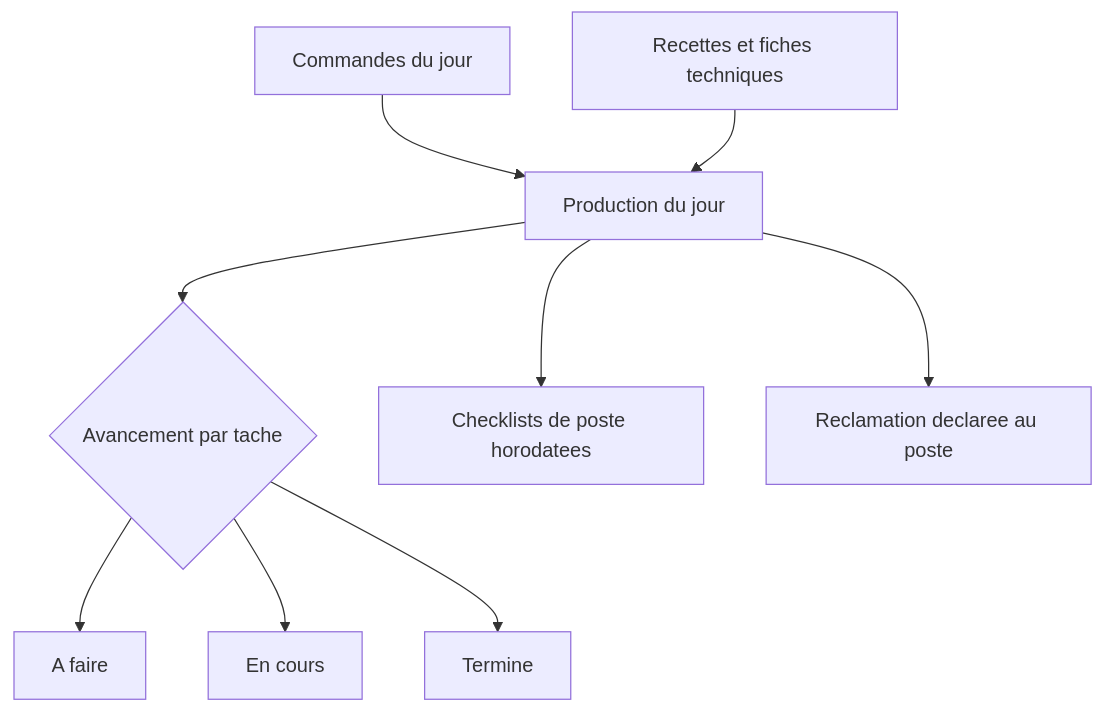
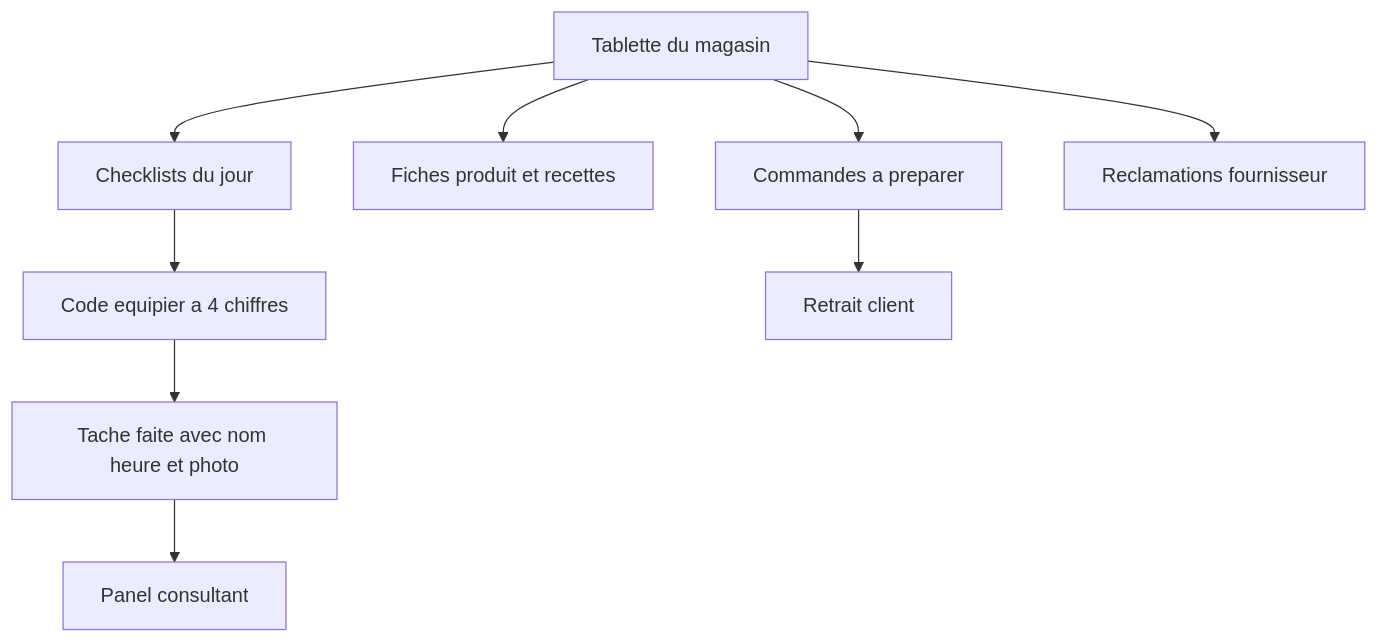
One commit to samsam2703MFC/landing_tfb changed the sixth of 14 diagrams in docs/contenu-reel.md. Above: the diagram before and after it, drawn with Mermaid. The commit also changed other lines of this file and 4 other files, not shown here.

First line of the commit message:
Panel consultant et Cuisine : les fiches refaites d'après le code

````diff
--- a/docs/contenu-reel.md
+++ b/docs/contenu-reel.md
@@ -426,11 +428,11 @@
 ```mermaid
 flowchart TD
-  A[Commandes du jour] --> B[Production du jour]
-  B --> C{Avancement par tache}
-  C --> D[A faire]
-  C --> E[En cours]
-  C --> F[Termine]
-  G[Recettes et fiches techniques] --> B
-  B --> H[Checklists de poste horodatees]
-  B --> I[Reclamation declaree au poste]
+  A[Tablette du magasin] --> B[Checklists du jour]
+  B --> C[Code equipier a 4 chiffres]
+  C --> D[Tache faite avec nom heure et photo]
+  D --> E[Panel consultant]
+  A --> F[Fiches produit et recettes]
+  A --> G[Commandes a preparer]
+  G --> H[Retrait client]
+  A --> I[Reclamations fournisseur]
 ```
````
